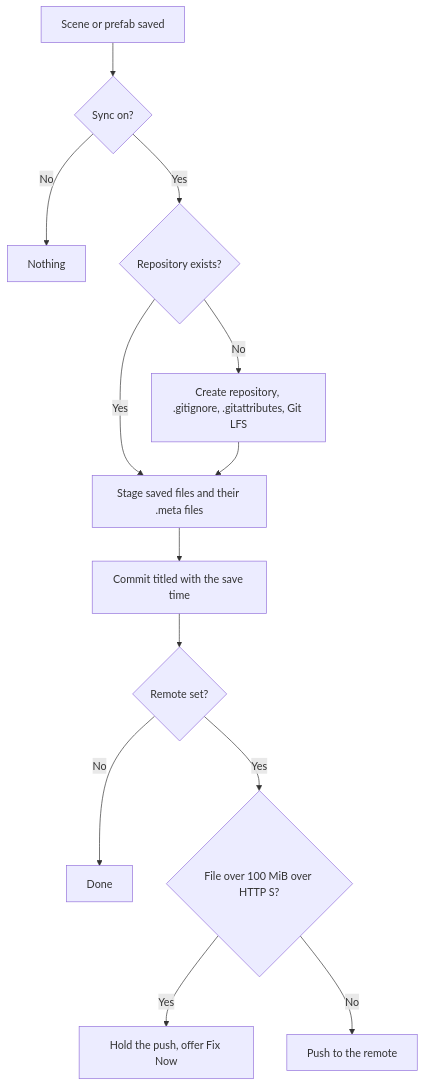
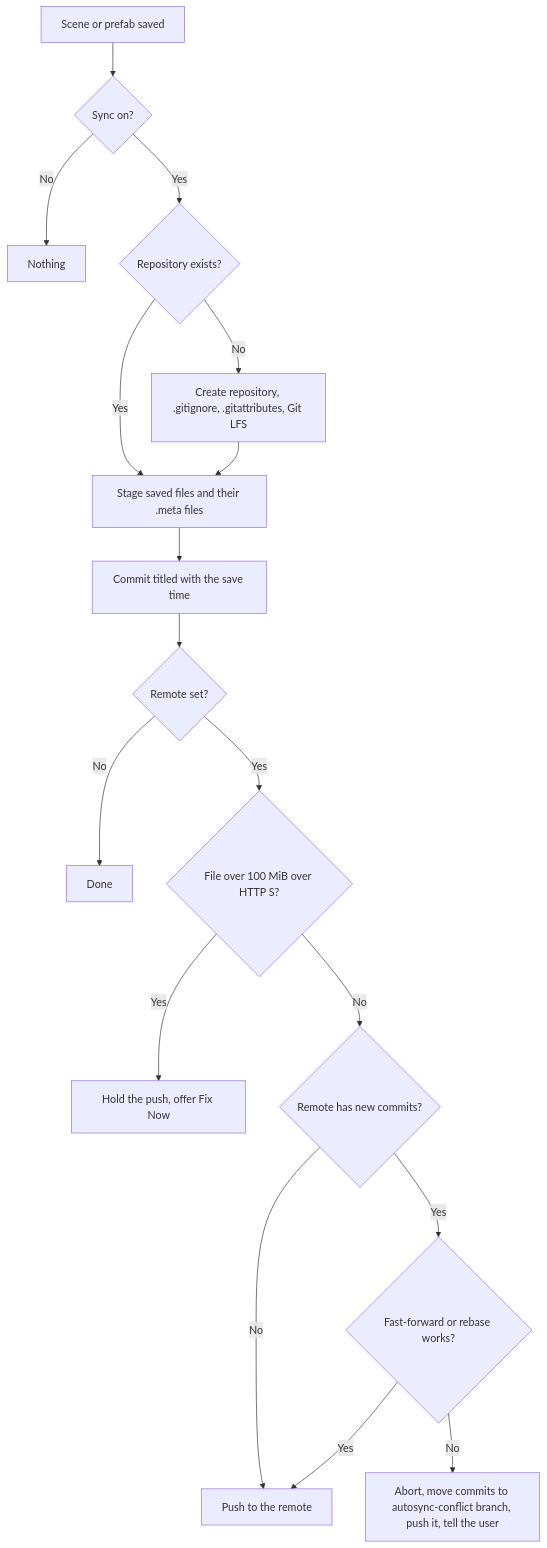
One commit to Rionquosue/riryunityworkflow changed the diagram in docs/About/Tools/AutoSync.md. Above: the diagram before and after it, drawn with Mermaid. The commit also changed other lines of this file and 51 other files, not shown here.

````diff
--- a/docs/About/Tools/AutoSync.md
+++ b/docs/About/Tools/AutoSync.md
@@ -31,15 +32,19 @@
 ```mermaid
 flowchart TD
     A[Scene or prefab saved] --> B{Sync on?}
     B -- No --> Z[Nothing]
     B -- Yes --> C{Repository exists?}
     C -- No --> D[Create repository, .gitignore, .gitattributes, Git LFS]
     C -- Yes --> E[Stage saved files and their .meta files]
     D --> E
     E --> F[Commit titled with the save time]
     F --> G{Remote set?}
     G -- No --> Z2[Done]
     G -- Yes --> H{File over 100 MiB over HTTP S?}
     H -- Yes --> I[Hold the push, offer Fix Now]
-    H -- No --> J[Push to the remote]
+    H -- No --> R{Remote has new commits?}
+    R -- No --> J[Push to the remote]
+    R -- Yes --> S{Fast-forward or rebase works?}
+    S -- Yes --> J
+    S -- No --> T[Abort, move commits to autosync-conflict branch, push it, tell the user]
 ```
````
